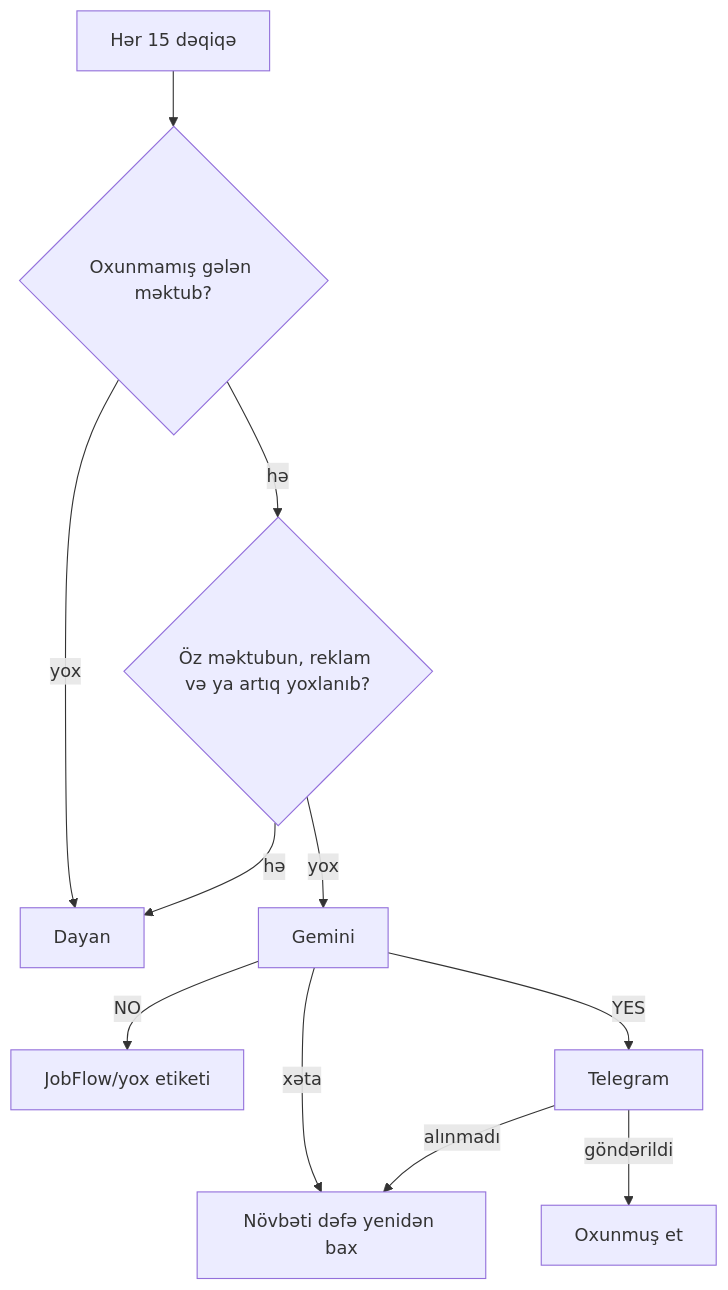
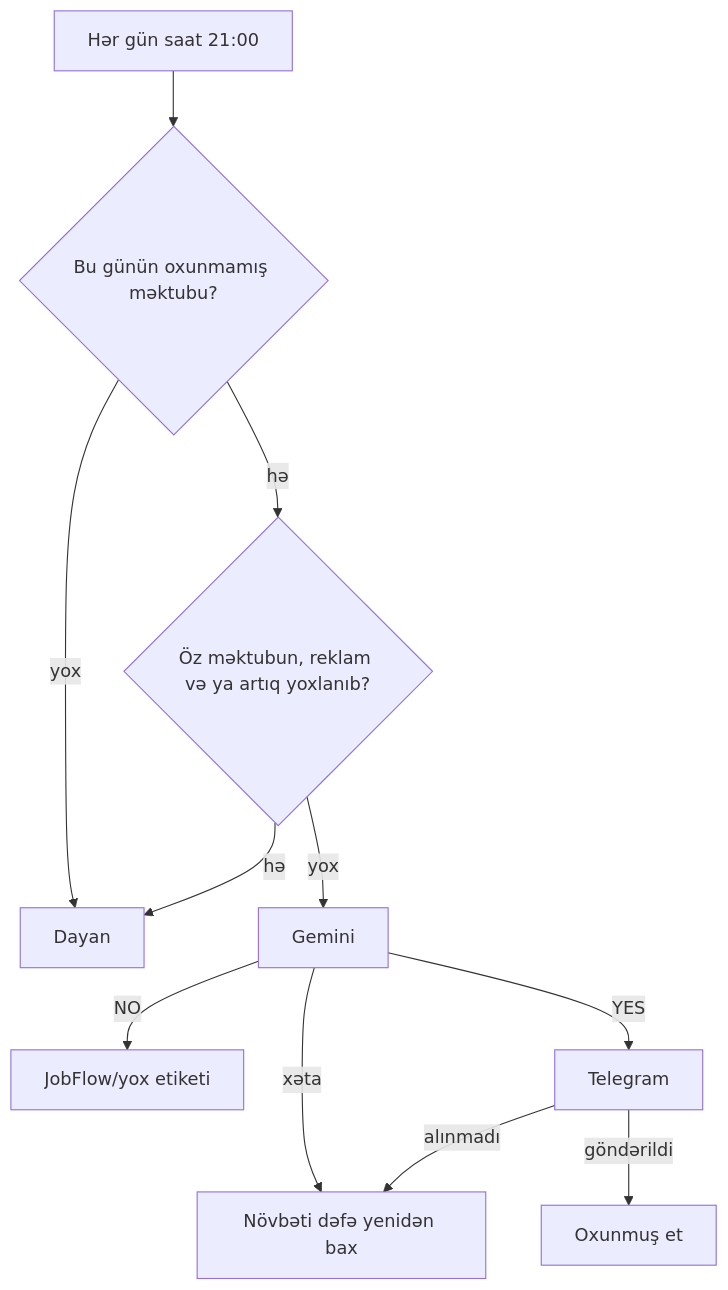
The sixth of 6 diagrams in README.md (1mranhajiyev/job-auto-flow), drawn with Mermaid before and after one commit. The commit also changed other lines of this file and 9 other files, not shown here.

````diff
--- a/README.md
+++ b/README.md
@@ -168,13 +170,13 @@
 ```mermaid
 flowchart TD
-  A[Hər 15 dəqiqə] --> B{Oxunmamış gələn məktub?}
+  A[Hər gün saat 21:00] --> B{Bu günün oxunmamış məktubu?}
   B -->|yox| Z[Dayan]
   B -->|hə| C{Öz məktubun, reklam və ya artıq yoxlanıb?}
   C -->|hə| Z
   C -->|yox| D[Gemini]
   D -->|xəta| E[Növbəti dəfə yenidən bax]
   D -->|NO| F[JobFlow/yox etiketi]
   D -->|YES| G[Telegram]
   G -->|göndərildi| H[Oxunmuş et]
   G -->|alınmadı| E
 ```
````
